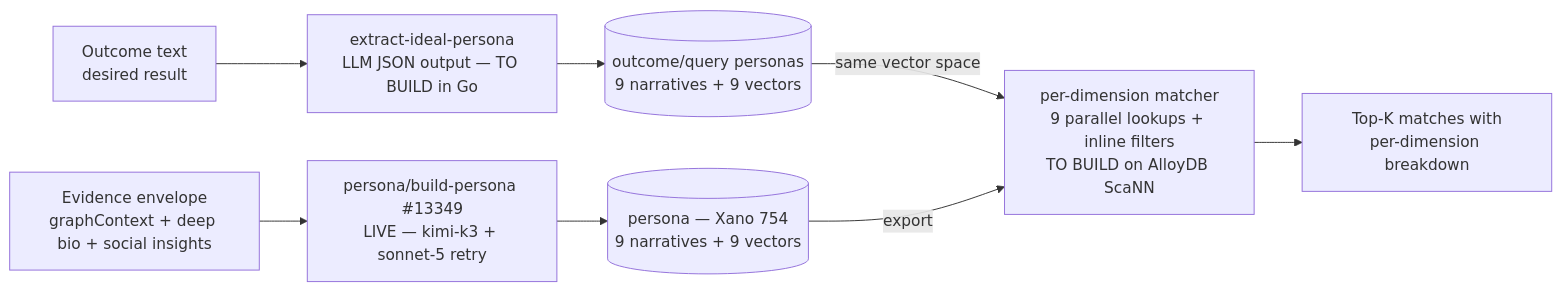
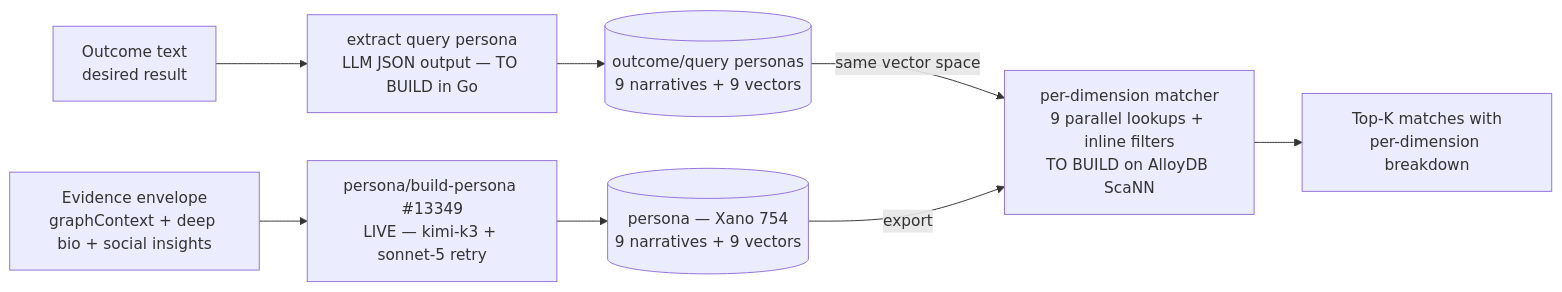
Before and after one commit to M-Pederson/docs: the diagram in guides/open-work/personas.mdx, drawn with Mermaid. The commit also changed other lines of this file, not shown here.

````diff
--- a/guides/open-work/personas.mdx
+++ b/guides/open-work/personas.mdx
@@ -45,12 +45,12 @@
 ```mermaid
 flowchart LR
-    O[Outcome text<br/>desired result] --> X[extract-ideal-persona<br/>LLM JSON output — TO BUILD in Go]
+    O[Outcome text<br/>desired result] --> X[extract query persona<br/>LLM JSON output — TO BUILD in Go]
     X --> OF[(outcome/query personas<br/>9 narratives + 9 vectors)]
 
     E[Evidence envelope<br/>graphContext + deep bio + social insights] --> R[persona/build-persona #13349<br/>LIVE — kimi-k3 + sonnet-5 retry]
     R --> PF[(persona — Xano 754<br/>9 narratives + 9 vectors)]
 
     OF -->|same vector space| M[per-dimension matcher<br/>9 parallel lookups + inline filters<br/>TO BUILD on AlloyDB ScaNN]
     PF -->|export| M
     M --> RES[Top-K matches with<br/>per-dimension breakdown]
 ```
````
